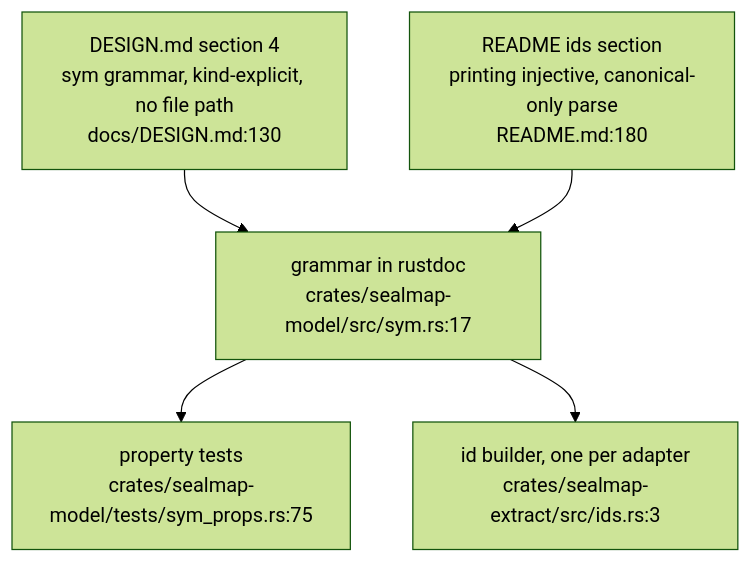
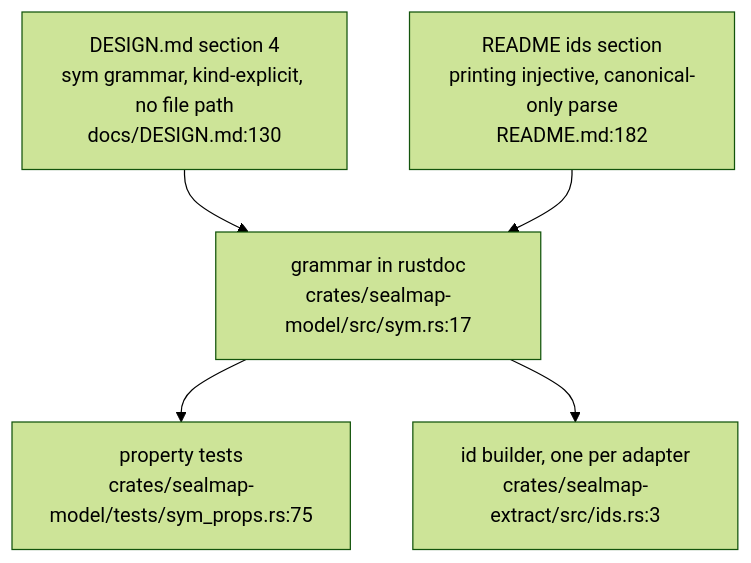
The sixth of 6 diagrams in docs/diagrams/model/01-the-sym-id-grammar.md (DreamLab-AI/codemaid), drawn with Mermaid (forest theme) before and after one commit. The commit also changed other lines of this file and 21 other files, not shown here.

````diff
--- a/docs/diagrams/model/01-the-sym-id-grammar.md
+++ b/docs/diagrams/model/01-the-sym-id-grammar.md
@@ -271,12 +271,12 @@
 ```mermaid
 flowchart TB
     D1["DESIGN.md section 4<br/>sym grammar, kind-explicit, no file path<br/>docs/DESIGN.md:130"]
-    D2["README ids section<br/>printing injective, canonical-only parse<br/>README.md:180"]
+    D2["README ids section<br/>printing injective, canonical-only parse<br/>README.md:182"]
     C1["grammar in rustdoc<br/>crates/sealmap-model/src/sym.rs:17"]
     C2["property tests<br/>crates/sealmap-model/tests/sym_props.rs:75"]
     C3["id builder, one per adapter<br/>crates/sealmap-extract/src/ids.rs:3"]
     D1 --> C1
     D2 --> C1
     C1 --> C2
     C1 --> C3
 ```
````
